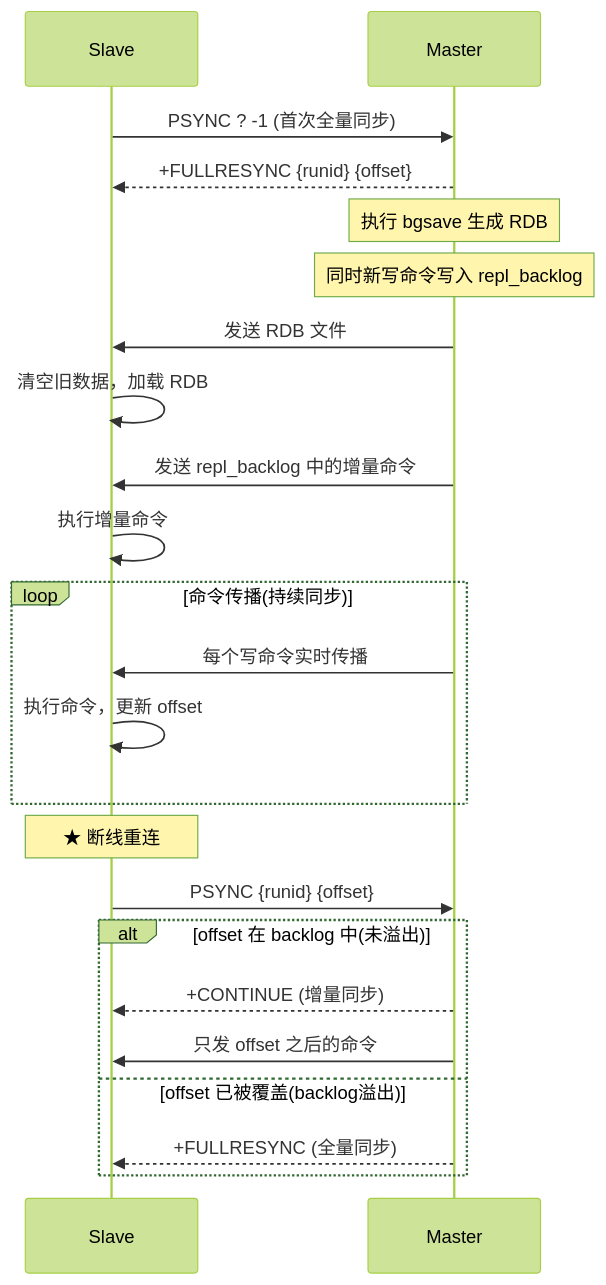
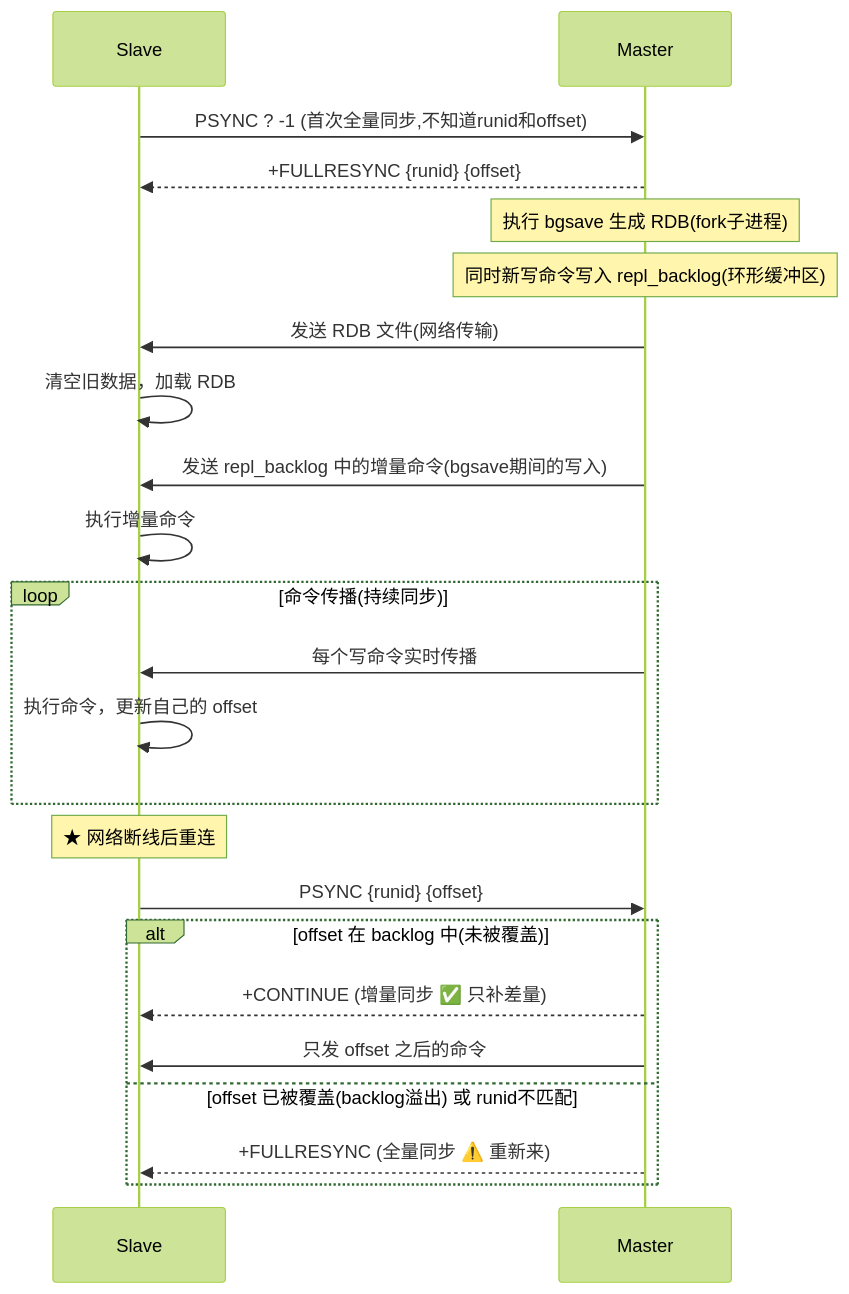
Before and after one commit to qigao0787-ops/gq-test: diagram 17 of 31 in document/strengthen/分布式技术面试总结_增强版.md, drawn with Mermaid (forest theme). The commit also changed other lines of this file, not shown here.

````diff
--- a/document/strengthen/分布式技术面试总结_增强版.md
+++ b/document/strengthen/分布式技术面试总结_增强版.md
@@ -1204,28 +1415,28 @@
 ```mermaid
 sequenceDiagram
     participant S as Slave
     participant M as Master
 
-    S->>M: PSYNC ? -1 (首次全量同步)
+    S->>M: PSYNC ? -1 (首次全量同步,不知道runid和offset)
     M-->>S: +FULLRESYNC {runid} {offset}
-    Note over M: 执行 bgsave 生成 RDB
-    Note over M: 同时新写命令写入 repl_backlog
-    M->>S: 发送 RDB 文件
+    Note over M: 执行 bgsave 生成 RDB(fork子进程)
+    Note over M: 同时新写命令写入 repl_backlog(环形缓冲区)
+    M->>S: 发送 RDB 文件(网络传输)
     S->>S: 清空旧数据，加载 RDB
-    M->>S: 发送 repl_backlog 中的增量命令
+    M->>S: 发送 repl_backlog 中的增量命令(bgsave期间的写入)
     S->>S: 执行增量命令
     
     loop 命令传播(持续同步)
         M->>S: 每个写命令实时传播
-        S->>S: 执行命令，更新 offset
+        S->>S: 执行命令，更新自己的 offset
     end
 
-    Note over S: ★ 断线重连
+    Note over S: ★ 网络断线后重连
     S->>M: PSYNC {runid} {offset}
-    alt offset 在 backlog 中(未溢出)
-        M-->>S: +CONTINUE (增量同步)
+    alt offset 在 backlog 中(未被覆盖)
+        M-->>S: +CONTINUE (增量同步 ✅ 只补差量)
         M->>S: 只发 offset 之后的命令
-    else offset 已被覆盖(backlog溢出)
-        M-->>S: +FULLRESYNC (全量同步)
+    else offset 已被覆盖(backlog溢出) 或 runid不匹配
+        M-->>S: +FULLRESYNC (全量同步 ⚠️ 重新来)
     end
 ```
````
